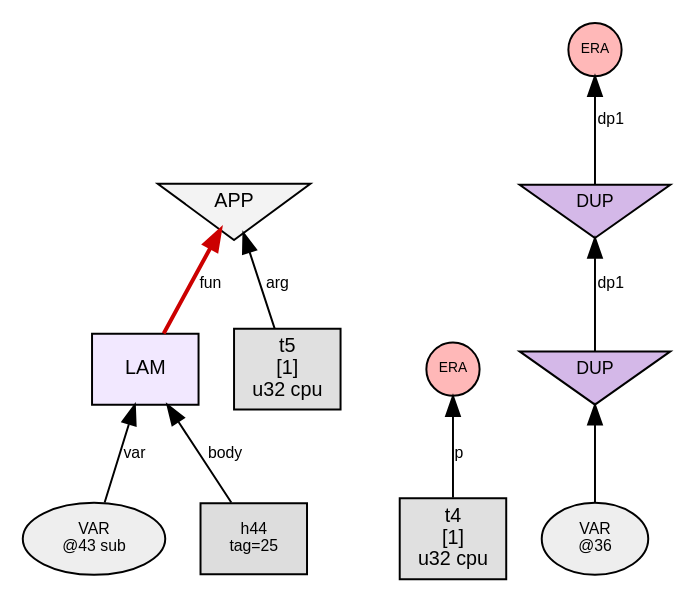
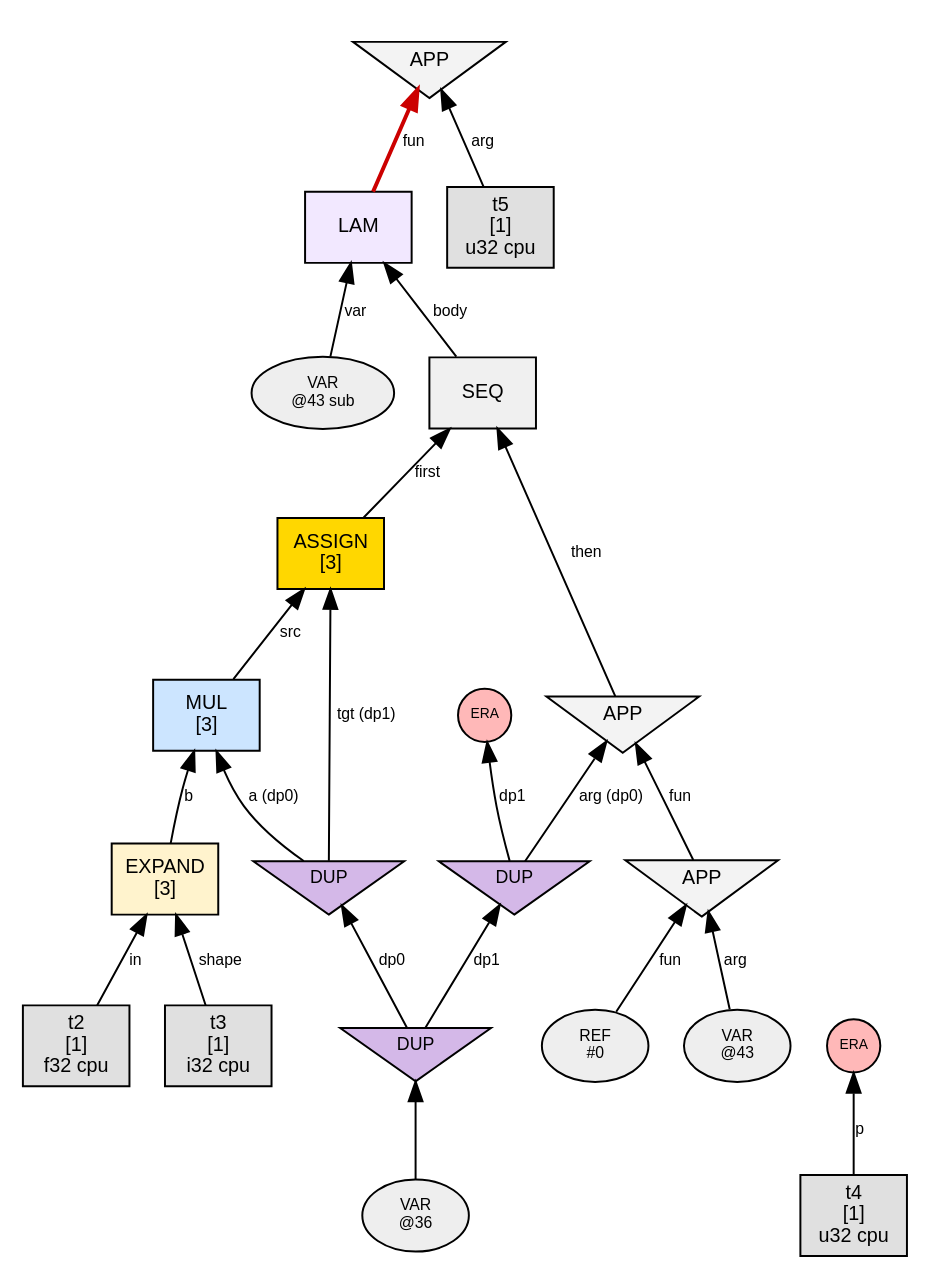
Before and after one commit to sw1sh/TinyHVM: the diagram in phase1_graphs/loop_assign_simple/n1_steps/step_005_interact_IFZ.dot, drawn with Graphviz. The commit also changed 113 other files, not shown here.

First line of the commit message:
fix: step graph quality — init highlight, TAG_SEQ, checker rules

```diff
--- a/phase1_graphs/loop_assign_simple/n1_steps/step_005_interact_IFZ.dot
+++ b/phase1_graphs/loop_assign_simple/n1_steps/step_005_interact_IFZ.dot
@@ -1,27 +1,50 @@
 digraph G {
   // PREV_INTERACTION: interact_IFZ
   // NEXT_INTERACTION: interact_APP
   rankdir=BT;
   node [fontname="Helvetica", fontsize=10, style=filled, shape=box, margin="0.1,0.05"];
   edge [fontsize=8, fontname="Helvetica"];
 
   n62 [label="APP", shape=invtriangle, fillcolor="#f3f3f3"];
   n43 -> n62 [label="fun",color="#cc0000",penwidth=2.0];
   t5 [label="t5\n[1]\nu32 cpu",shape=box,fillcolor="#e0e0e0"];
   t5 -> n62 [label="arg"];
   n43 [label="LAM", shape=box, fillcolor="#f2e8ff"];
   var43 [label="VAR\n@43 sub", shape=oval, fillcolor="#eeeeee", fontsize=8];
   var43 -> n43 [label="var"];
-  h44 [label="h44\ntag=25", shape=box, fillcolor="#dddddd", fontsize=8];
-  h44 -> n43 [label="body"];
+  n45 -> n43 [label="body"];
+  n45 [label="SEQ", shape=box, fillcolor="#f0f0f0"];
+  n47 -> n45 [label="first"];
+  n54 -> n45 [label="then"];
+  n47 [label="ASSIGN\n[3]", shape=box, fillcolor="#ffd700"];
+  dup49 [label="DUP", shape=invtriangle, fillcolor="#d4b8e8", fontsize=9, width=0.7, height=0.5];
+  dup42 -> dup49 [label="dp0"];
+  dup42 [label="DUP", shape=invtriangle, fillcolor="#d4b8e8", fontsize=9, width=0.7, height=0.5];
+  var42 [label="VAR\n@36", shape=oval, fillcolor="#eeeeee", fontsize=8];
+  var42 -> dup42;
+  dup49 -> n47 [label="tgt (dp1)"];
+  n50 -> n47 [label="src"];
+  n54 [label="APP", shape=invtriangle, fillcolor="#f3f3f3"];
+  n56 -> n54 [label="fun"];
+  dup41 [label="DUP", shape=invtriangle, fillcolor="#d4b8e8", fontsize=9, width=0.7, height=0.5];
+  dup42 -> dup41 [label="dp1"];
+  dup41 -> n54 [label="arg (dp0)"];
+  n50 [label="MUL\n[3]", shape=box, fillcolor="#cce5ff"];
+  dup49 -> n50 [label="a (dp0)"];
+  n52 -> n50 [label="b"];
+  n52 [label="EXPAND\n[3]", shape=box, fillcolor="#fff3cd"];
+  t2 [label="t2\n[1]\nf32 cpu",shape=box,fillcolor="#e0e0e0"];
+  t2 -> n52 [label="in"];
+  t3 [label="t3\n[1]\ni32 cpu",shape=box,fillcolor="#e0e0e0"];
+  t3 -> n52 [label="shape"];
+  n56 [label="APP", shape=invtriangle, fillcolor="#f3f3f3"];
+  ref56 [label="REF\n#0", shape=oval, fillcolor="#eeeeee", fontsize=8];
+  ref56 -> n56 [label="fun"];
+  var57 [label="VAR\n@43", shape=oval, fillcolor="#eeeeee", fontsize=8];
+  var57 -> n56 [label="arg"];
   era59 [label="ERA",shape=circle,width=0.38,height=0.38,fixedsize=true,fillcolor="#ffb8b8",fontsize=7];
   t4 [label="t4\n[1]\nu32 cpu",shape=box,fillcolor="#e0e0e0"];
   t4 -> era59 [label="p"];
   era61 [label="ERA",shape=circle,width=0.38,height=0.38,fixedsize=true,fillcolor="#ffb8b8",fontsize=7];
-  dup41 [label="DUP", shape=invtriangle, fillcolor="#d4b8e8", fontsize=9, width=0.7, height=0.5];
-  dup42 -> dup41 [label="dp1"];
-  dup42 [label="DUP", shape=invtriangle, fillcolor="#d4b8e8", fontsize=9, width=0.7, height=0.5];
-  var42 [label="VAR\n@36", shape=oval, fillcolor="#eeeeee", fontsize=8];
-  var42 -> dup42;
   dup41 -> era61 [label="dp1"];
 }
```
